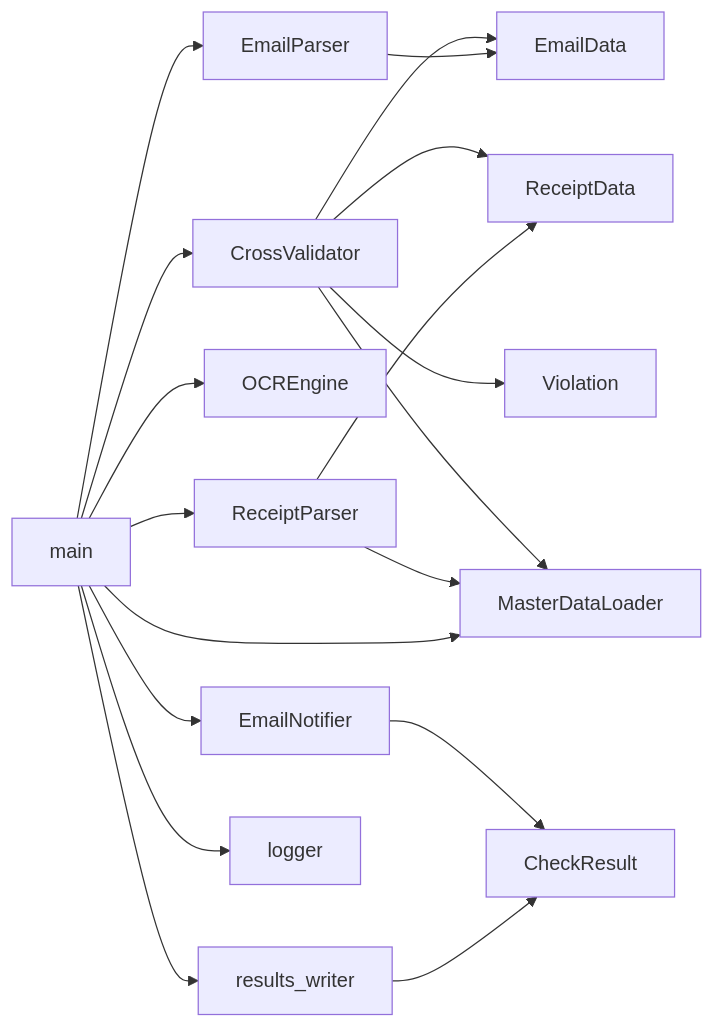
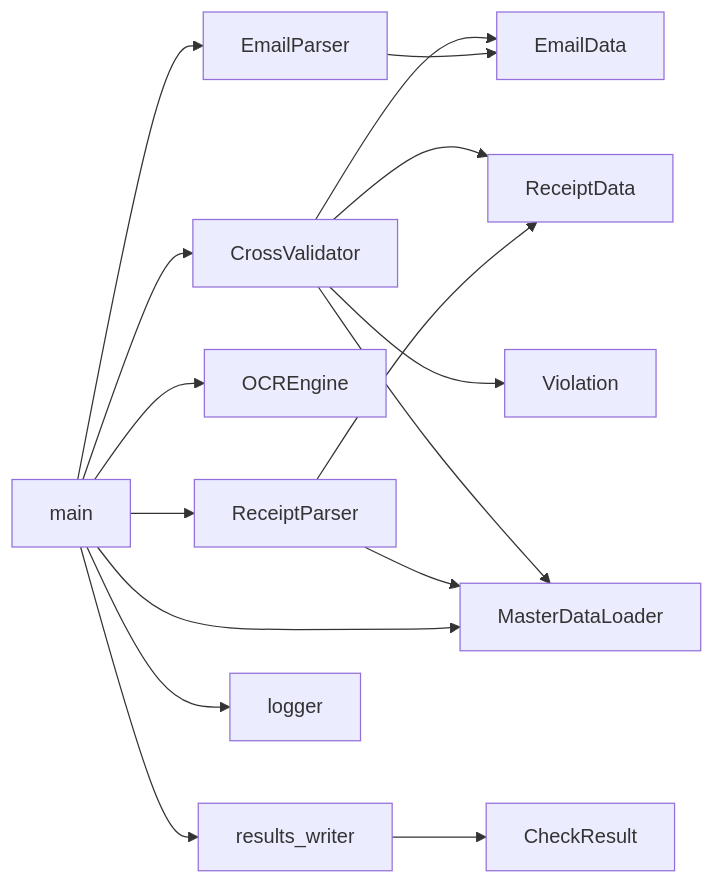
Before and after one commit to chanwookkim79/CreditCardVerifier: the second of 2 diagrams in docs/GUIDE.md, drawn with Mermaid. The commit also changed other lines of this file, not shown here.

````diff
--- a/docs/GUIDE.md
+++ b/docs/GUIDE.md
@@ -181,21 +177,19 @@
 ```mermaid
 graph LR
     main --> EmailParser
     main --> ReceiptParser
     main --> OCREngine
     main --> CrossValidator
-    main --> EmailNotifier
     main --> results_writer
     main --> logger
     main --> MasterDataLoader
 
     EmailParser --> EmailData
     ReceiptParser --> ReceiptData
     ReceiptParser --> MasterDataLoader
     CrossValidator --> EmailData
     CrossValidator --> ReceiptData
     CrossValidator --> Violation
     CrossValidator --> MasterDataLoader
     results_writer --> CheckResult
-    EmailNotifier --> CheckResult
 ```
````
